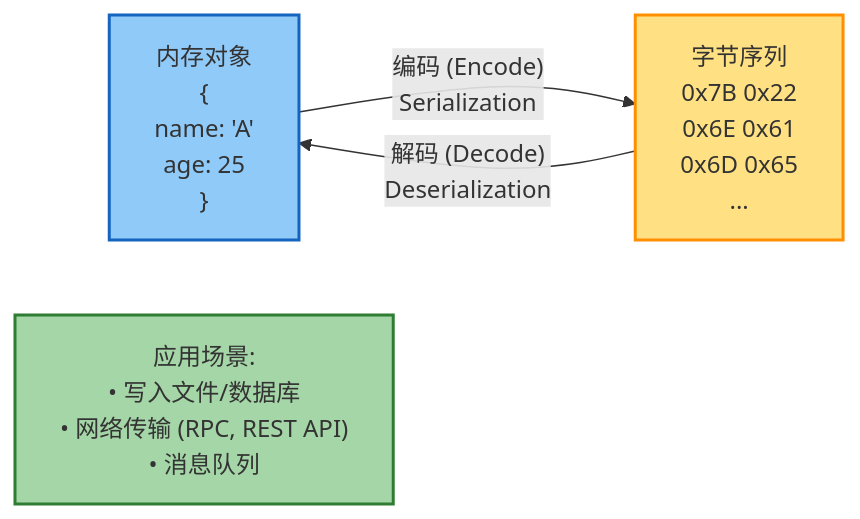
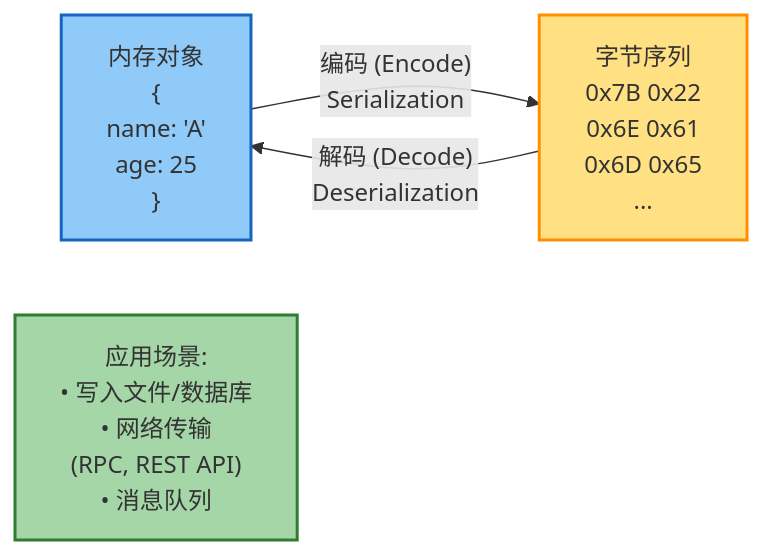
The second of 3 diagrams in docs/notes/ddia/part1-foundations/chapter-05.md (HenryThomas9587/henry.github.io), drawn with Mermaid before and after one commit. The commit also changed other lines of this file and 11 other files, not shown here.

First line of the commit message:
fix(ddia): 修复 VuePress 构建错误和 mermaid 图表文字截断问题

````diff
--- a/docs/notes/ddia/part1-foundations/chapter-05.md
+++ b/docs/notes/ddia/part1-foundations/chapter-05.md
@@ -45,13 +47,13 @@
 ```mermaid
 graph LR
     A["内存对象<br/>{<br/>  name: 'A'<br/>  age: 25<br/>}"]
     B["字节序列<br/>0x7B 0x22<br/>0x6E 0x61<br/>0x6D 0x65<br/>..."]
-    C["应用场景:<br/>• 写入文件/数据库<br/>• 网络传输 (RPC, REST API)<br/>• 消息队列"]
+    C["应用场景:<br/>• 写入文件/数据库<br/>• 网络传输<br/>  (RPC, REST API)<br/>• 消息队列"]
 
     A -->|"编码 (Encode)<br/>Serialization"| B
     B -->|"解码 (Decode)<br/>Deserialization"| A
 
     style A fill:#90CAF9,stroke:#1565C0,stroke-width:2px
     style B fill:#FFE082,stroke:#FF8F00,stroke-width:2px
     style C fill:#A5D6A7,stroke:#2E7D32,stroke-width:2px
 ```
````
